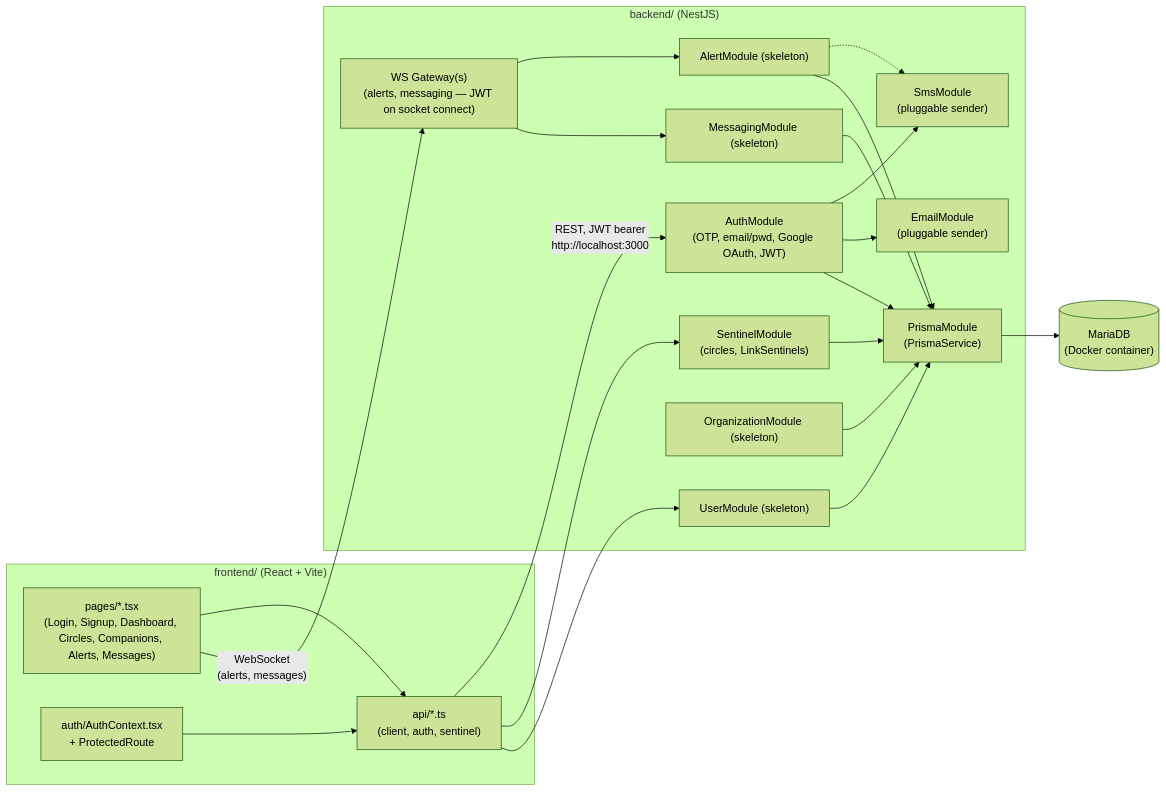
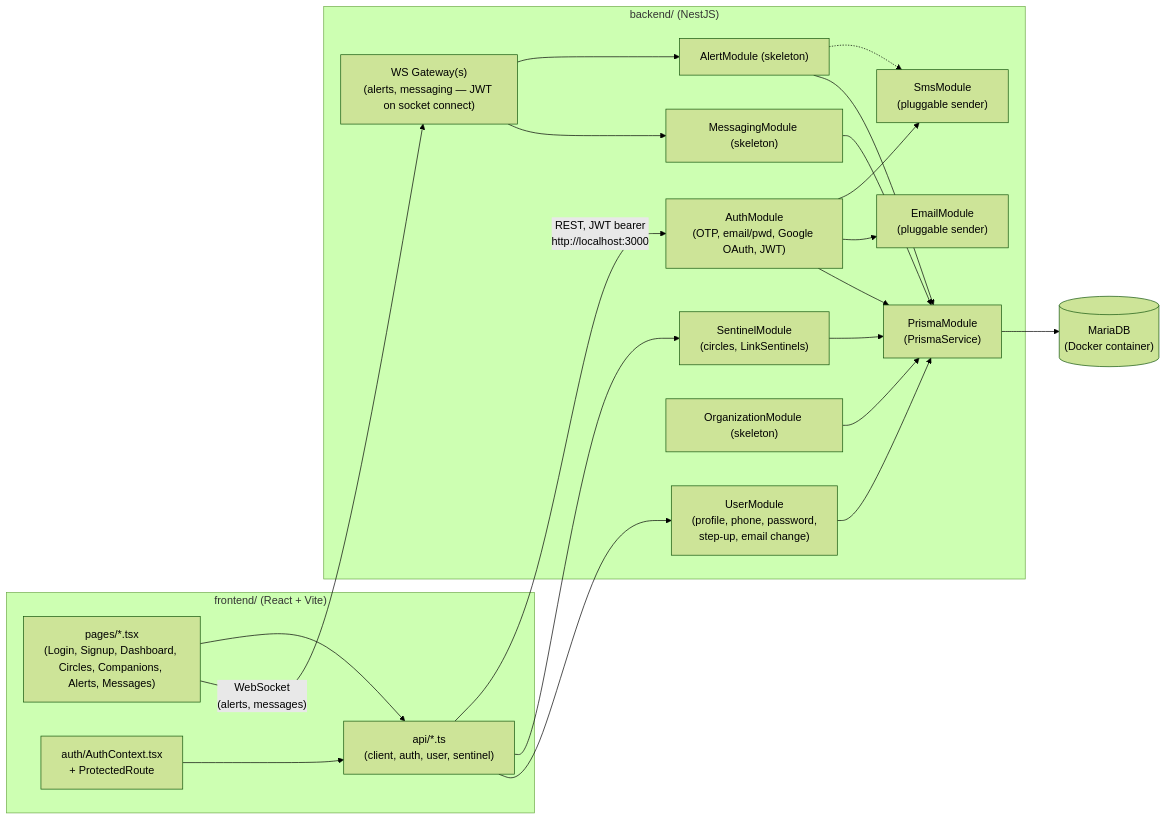
The diagram in STACK_SCHEMA.md (Sylvfo/MySentinelCircle), drawn with Mermaid (forest theme) before and after one commit. The commit also changed other lines of this file and 5 other files, not shown here.

````diff
--- a/STACK_SCHEMA.md
+++ b/STACK_SCHEMA.md
@@ -28,43 +28,43 @@
 ```mermaid
 flowchart LR
     subgraph Frontend["frontend/ (React + Vite)"]
         Pages["pages/*.tsx\n(Login, Signup, Dashboard, Circles, Companions, Alerts, Messages)"]
         AuthCtx["auth/AuthContext.tsx\n+ ProtectedRoute"]
-        ApiClient["api/*.ts\n(client, auth, sentinel)"]
+        ApiClient["api/*.ts\n(client, auth, user, sentinel)"]
     end
 
     subgraph Backend["backend/ (NestJS)"]
         Auth["AuthModule\n(OTP, email/pwd, Google OAuth, JWT)"]
-        User["UserModule (skeleton)"]
+        User["UserModule\n(profile, phone, password,\nstep-up, email change)"]
         Sentinel["SentinelModule\n(circles, LinkSentinels)"]
         Alert["AlertModule (skeleton)"]
         Org["OrganizationModule (skeleton)"]
         Messaging["MessagingModule (skeleton)"]
         Sms["SmsModule\n(pluggable sender)"]
         Email["EmailModule\n(pluggable sender)"]
         Gateway["WS Gateway(s)\n(alerts, messaging — JWT on socket connect)"]
         Prisma["PrismaModule\n(PrismaService)"]
     end
 
     DB[("MariaDB\n(Docker container)")]
 
     Pages --> ApiClient
     AuthCtx --> ApiClient
     ApiClient -- "REST, JWT bearer\nhttp://localhost:3000" --> Auth
     ApiClient --> Sentinel
     ApiClient --> User
     Pages -- "WebSocket\n(alerts, messages)" --> Gateway
     Gateway --> Alert
     Gateway --> Messaging
 
     Auth --> Sms
     Auth --> Email
     Alert -.-> Sms
     Auth --> Prisma
     User --> Prisma
     Sentinel --> Prisma
     Alert --> Prisma
     Org --> Prisma
     Messaging --> Prisma
     Prisma --> DB
 ```
````
